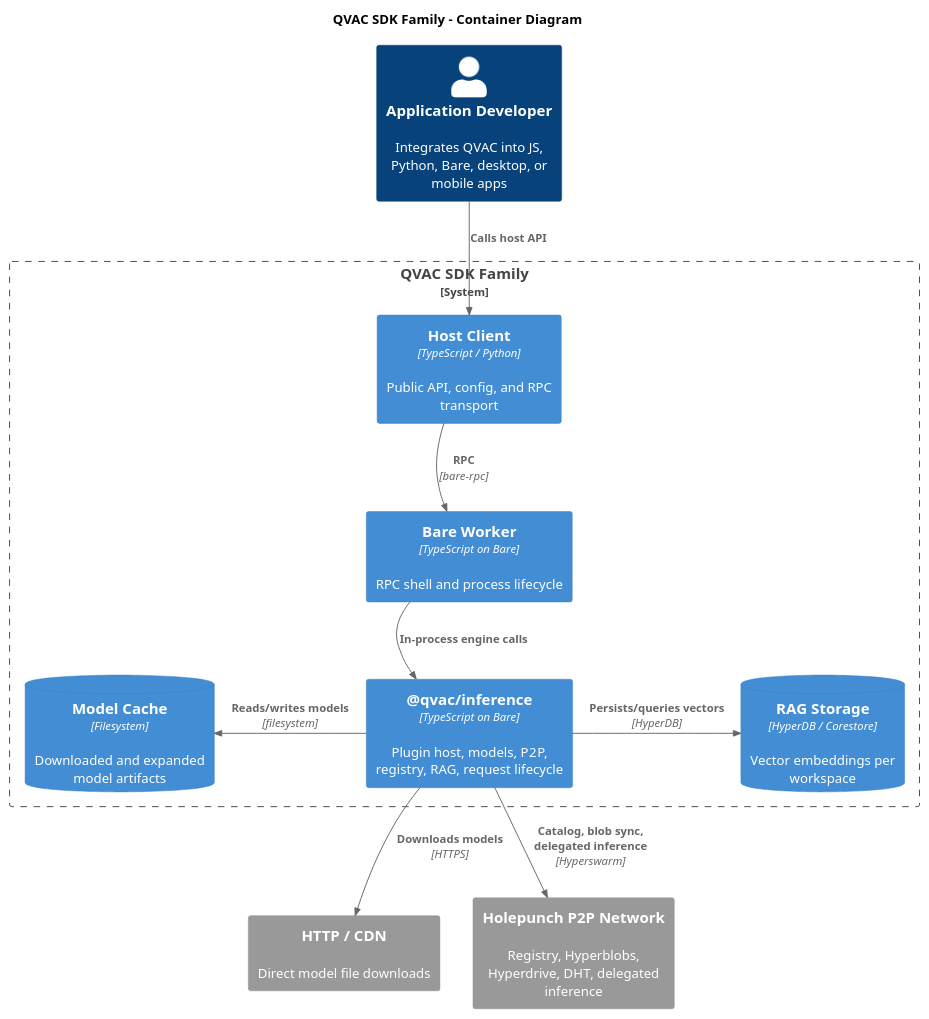
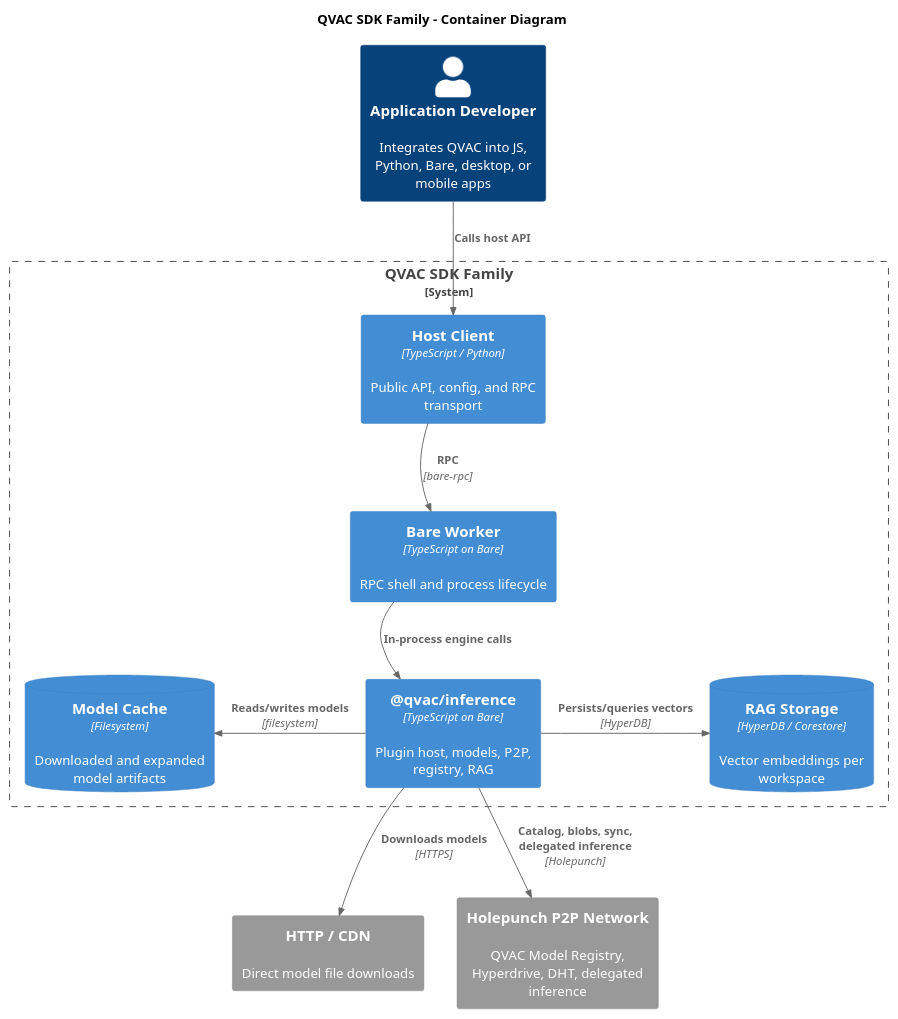
The diagram in docs/architecture/puml/02-container.puml (tetherto/qvac), drawn with PlantUML before and after one commit. The commit also changed 12 other files, not shown here.

First line of the commit message:
doc[notask]: address architecture diagram review

```diff
--- a/docs/architecture/puml/02-container.puml
+++ b/docs/architecture/puml/02-container.puml
@@ -1,32 +1,32 @@
 @startuml
 !include <C4/C4_Container>
 HIDE_STEREOTYPE()
 
 title QVAC SDK Family - Container Diagram
 
 Person(dev, "Application Developer", "Integrates QVAC into JS, Python, Bare, desktop, or mobile apps")
 
 System_Boundary(sdk, "QVAC SDK Family") {
     Container(client, "Host Client", "TypeScript / Python", "Public API, config, and RPC transport")
     Container(worker, "Bare Worker", "TypeScript on Bare", "RPC shell and process lifecycle")
-    Container(engine, "@qvac/inference", "TypeScript on Bare", "Plugin host, models, P2P, registry, RAG, request lifecycle")
+    Container(engine, "@qvac/inference", "TypeScript on Bare", "Plugin host, models, P2P, registry, RAG")
     ContainerDb(cache, "Model Cache", "Filesystem", "Downloaded and expanded model artifacts")
     ContainerDb(rag_store, "RAG Storage", "HyperDB / Corestore", "Vector embeddings per workspace")
 }
 
 System_Ext(http, "HTTP / CDN", "Direct model file downloads")
-System_Ext(p2p, "Holepunch P2P Network", "Registry, Hyperblobs, Hyperdrive, DHT, delegated inference")
+System_Ext(p2p, "Holepunch P2P Network", "QVAC Model Registry, Hyperdrive, DHT, delegated inference")
 
 Rel_D(dev, client, "Calls host API")
 Rel_D(client, worker, "RPC", "bare-rpc")
 Rel_D(worker, engine, "In-process engine calls")
 Rel_L(engine, cache, "Reads/writes models", "filesystem")
 Rel_R(engine, rag_store, "Persists/queries vectors", "HyperDB")
 Rel_D(engine, http, "Downloads models", "HTTPS")
-Rel_D(engine, p2p, "Catalog, blob sync, delegated inference", "Hyperswarm")
+Rel_D(engine, p2p, "Catalog, blobs, sync, delegated inference", "Holepunch")
 
 Lay_D(client, worker)
 Lay_D(worker, engine)
 Lay_R(http, p2p)
 
 @enduml
```
